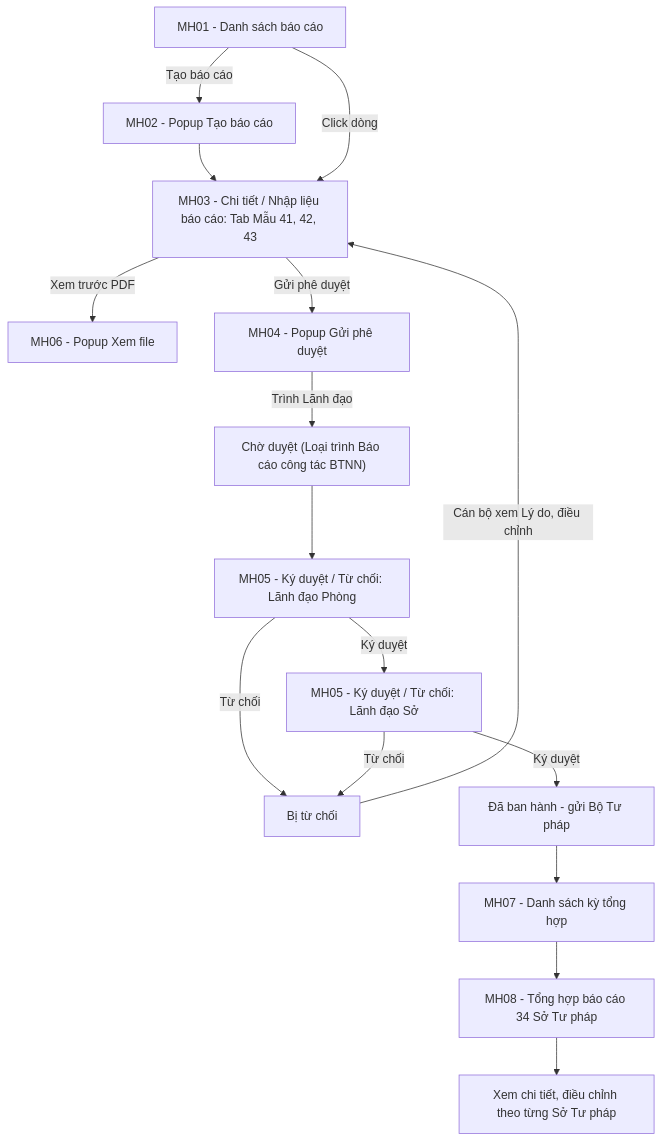
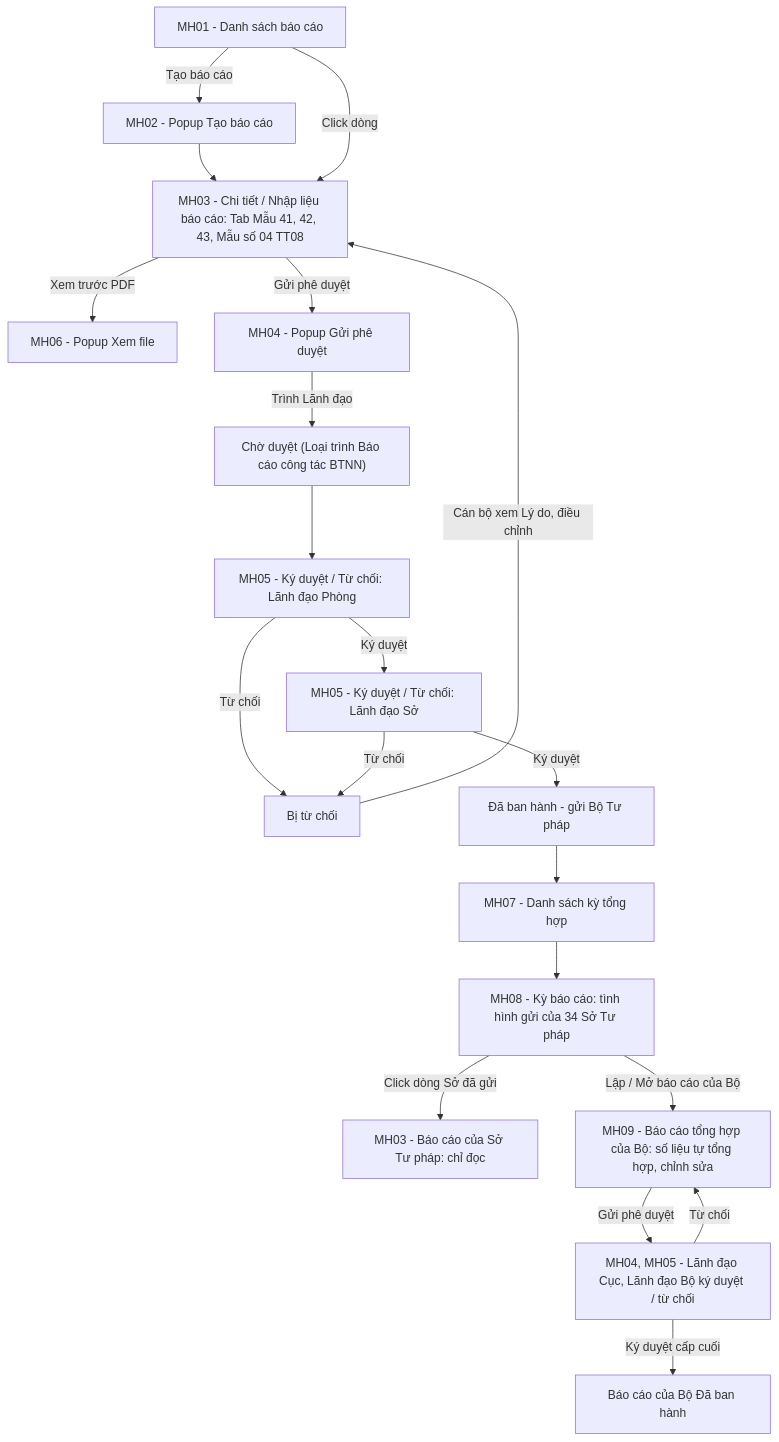
Before and after one commit to huyendt2007/BPBD_UI: the diagram in Tai_lieu_SRS/03_Website_Quan_tri/03_Cong_tac_boi_thuong/SRS_BTNN_BaoCao_CongTacBTNN.md, drawn with Mermaid. The commit also changed other lines of this file and 79 other files, not shown here.

````diff
--- a/Tai_lieu_SRS/03_Website_Quan_tri/03_Cong_tac_boi_thuong/SRS_BTNN_BaoCao_CongTacBTNN.md
+++ b/Tai_lieu_SRS/03_Website_Quan_tri/03_Cong_tac_boi_thuong/SRS_BTNN_BaoCao_CongTacBTNN.md
@@ -26,18 +30,22 @@
 ```mermaid
 flowchart TD
     A[MH01 - Danh sách báo cáo] -->|Tạo báo cáo| B[MH02 - Popup Tạo báo cáo]
-    B --> C[MH03 - Chi tiết / Nhập liệu báo cáo: Tab Mẫu 41, 42, 43]
+    B --> C[MH03 - Chi tiết / Nhập liệu báo cáo: Tab Mẫu 41, 42, 43, Mẫu số 04 TT08]
     A -->|Click dòng| C
     C -->|Xem trước PDF| D[MH06 - Popup Xem file]
     C -->|Gửi phê duyệt| E[MH04 - Popup Gửi phê duyệt]
     E -->|Trình Lãnh đạo| F["Chờ duyệt (Loại trình Báo cáo công tác BTNN)"]
     F --> G[MH05 - Ký duyệt / Từ chối: Lãnh đạo Phòng]
     G -->|Ký duyệt| H[MH05 - Ký duyệt / Từ chối: Lãnh đạo Sở]
     G -->|Từ chối| I[Bị từ chối]
     H -->|Từ chối| I
     I -->|Cán bộ xem Lý do, điều chỉnh| C
     H -->|Ký duyệt| J["Đã ban hành - gửi Bộ Tư pháp"]
     J --> K[MH07 - Danh sách kỳ tổng hợp]
-    K --> L[MH08 - Tổng hợp báo cáo 34 Sở Tư pháp]
-    L --> M[Xem chi tiết, điều chỉnh theo từng Sở Tư pháp]
+    K --> L[MH08 - Kỳ báo cáo: tình hình gửi của 34 Sở Tư pháp]
+    L -->|Click dòng Sở đã gửi| M[MH03 - Báo cáo của Sở Tư pháp: chỉ đọc]
+    L -->|Lập / Mở báo cáo của Bộ| N[MH09 - Báo cáo tổng hợp của Bộ: số liệu tự tổng hợp, chỉnh sửa]
+    N -->|Gửi phê duyệt| O[MH04, MH05 - Lãnh đạo Cục, Lãnh đạo Bộ ký duyệt / từ chối]
+    O -->|Từ chối| N
+    O -->|Ký duyệt cấp cuối| P[Báo cáo của Bộ Đã ban hành]
 ```
````
